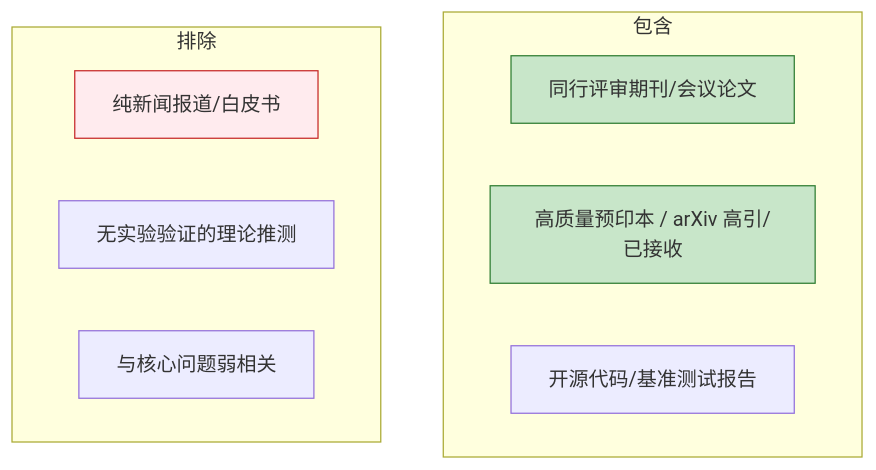
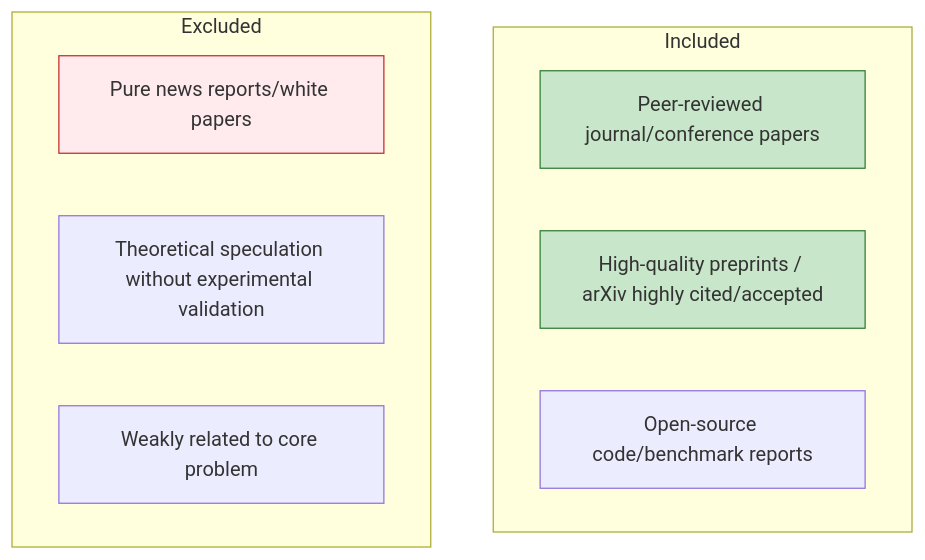
One commit to Kirky-X/cangjie changed the second of 11 diagrams in templates/【模板】论文研究报告.md. Above: the diagram before and after it, drawn with Mermaid. The commit also changed other lines of this file and 12 other files, not shown here.

````diff
--- a/templates/【模板】论文研究报告.md
+++ b/templates/【模板】论文研究报告.md
@@ -134,18 +134,18 @@
 ```mermaid
 graph TB
-    subgraph 包含
-        I1[同行评审期刊/会议论文]
-        I2[高质量预印本 / arXiv 高引/已接收]
-        I3[开源代码/基准测试报告]
+    subgraph Included
+        I1[Peer-reviewed journal/conference papers]
+        I2[High-quality preprints / arXiv highly cited/accepted]
+        I3[Open-source code/benchmark reports]
     end
 
-    subgraph 排除
-        E1[纯新闻报道/白皮书]
-        E2[无实验验证的理论推测]
-        E3[与核心问题弱相关]
+    subgraph Excluded
+        E1[Pure news reports/white papers]
+        E2[Theoretical speculation without experimental validation]
+        E3[Weakly related to core problem]
     end
 
     style I1 fill:#c8e6c9,stroke:#2e7d32
     style I2 fill:#c8e6c9,stroke:#2e7d32
     style E1 fill:#ffebee,stroke:#c62828
 ```
````
